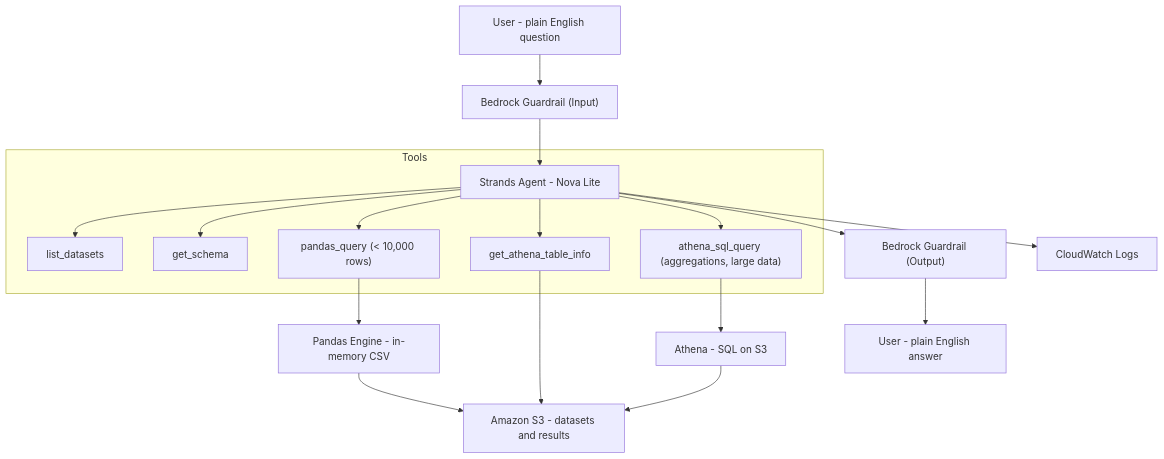
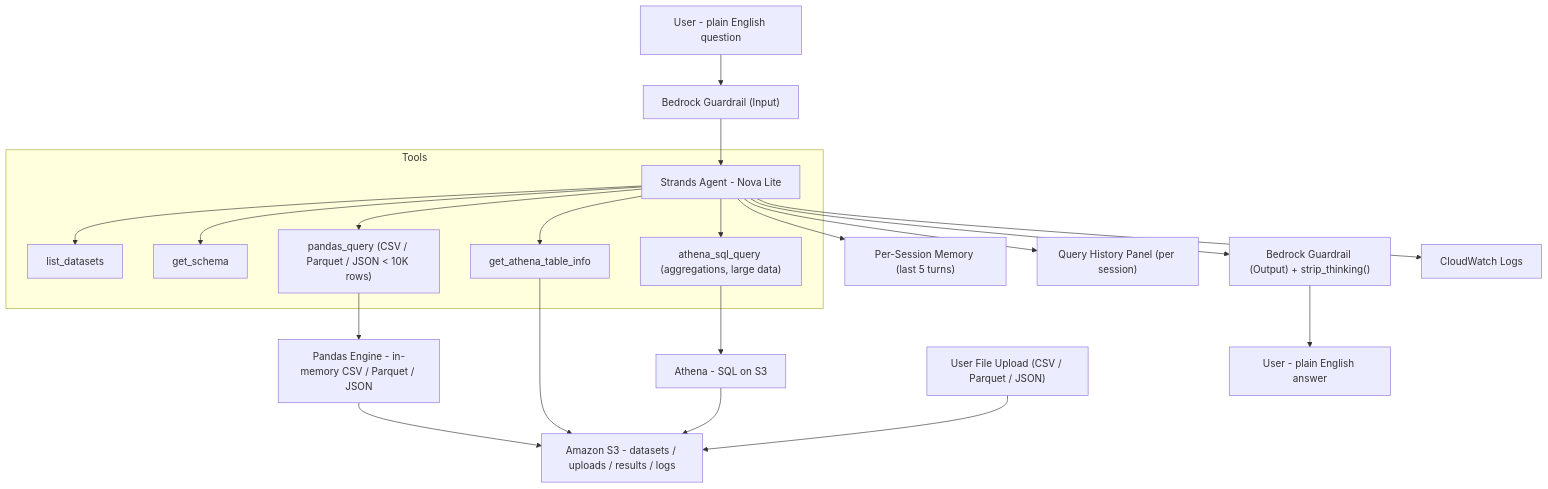
Before and after one commit to kkaustav/nl-query-agent: the diagram in README.md, drawn with Mermaid. The commit also changed other lines of this file and 3 other files, not shown here.

Commit message:
Update NL Query Agent

````diff
--- a/README.md
+++ b/README.md
@@ -11,34 +11,41 @@
 ```mermaid
 flowchart TB
     user["User - plain English question"]
     in_guard["Bedrock Guardrail (Input)"]
     agent["Strands Agent - Nova Lite"]
+    memory["Per-Session Memory (last 5 turns)"]
     listd["list_datasets"]
     schema["get_schema"]
-    pandas["pandas_query (< 10,000 rows)"]
+    pandas["pandas_query (CSV / Parquet / JSON < 10K rows)"]
     tableinfo["get_athena_table_info"]
     athena_tool["athena_sql_query (aggregations, large data)"]
-    pandas_engine["Pandas Engine - in-memory CSV"]
+    pandas_engine["Pandas Engine - in-memory CSV / Parquet / JSON"]
     athena["Athena - SQL on S3"]
-    s3["Amazon S3 - datasets and results"]
-    out_guard["Bedrock Guardrail (Output)"]
+    s3["Amazon S3 - datasets / uploads / results / logs"]
+    out_guard["Bedrock Guardrail (Output) + strip_thinking()"]
     logs["CloudWatch Logs"]
     answer["User - plain English answer"]
+    upload["User File Upload (CSV / Parquet / JSON)"]
+    history["Query History Panel (per session)"]
 
     user --> in_guard --> agent
+    upload --> s3
 
     subgraph Tools
         agent --> listd
         agent --> schema
         agent --> pandas
         agent --> tableinfo
         agent --> athena_tool
     end
 
+    agent --> memory
+    agent --> history
+
     pandas --> pandas_engine --> s3
     tableinfo --> s3
     athena_tool --> athena --> s3
 
     agent --> out_guard --> answer
     agent --> logs
 ```
````
